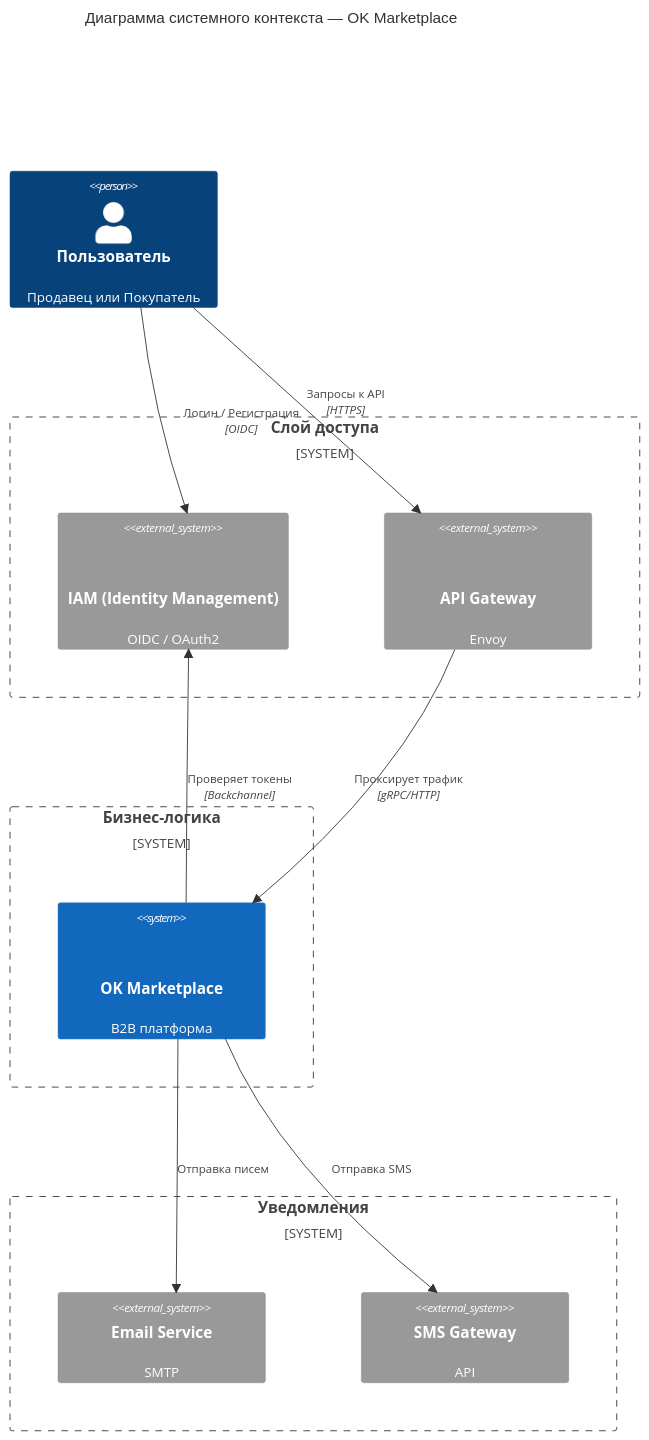
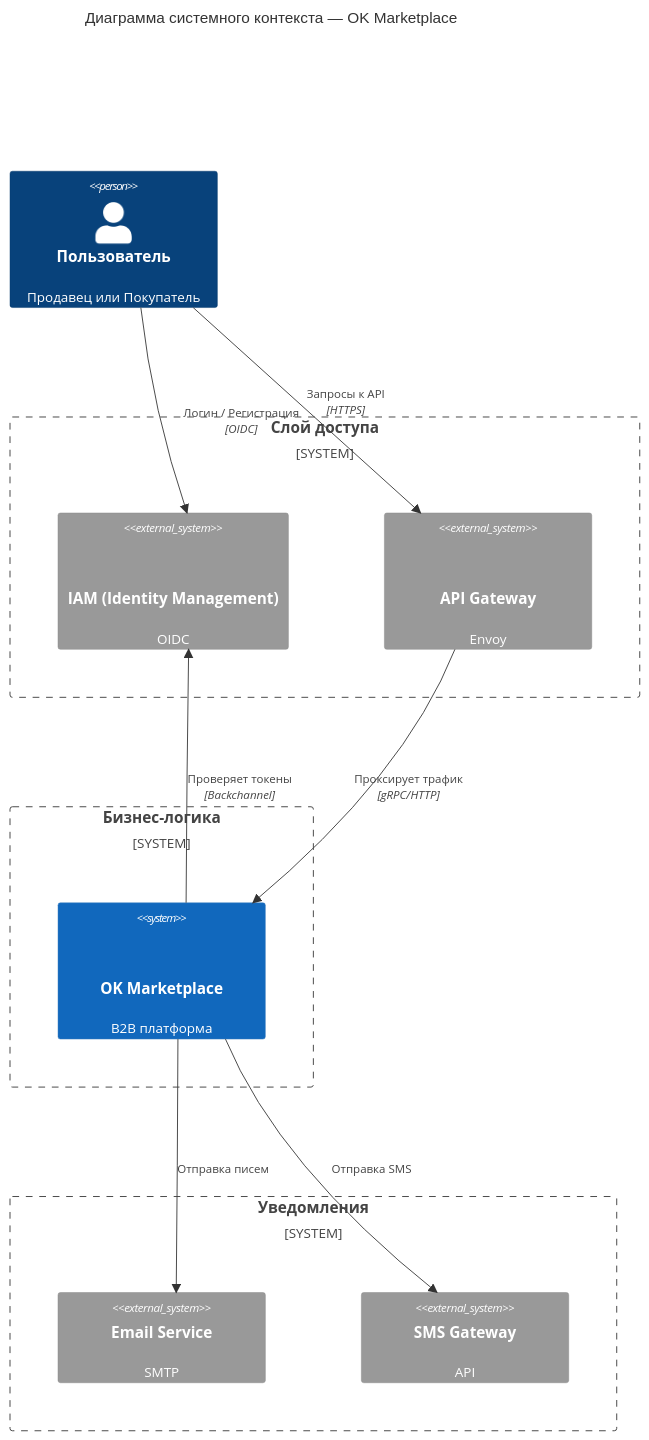
One commit to otuskotlin/202602-ok-marketplace changed the first of 3 diagrams in docs/architecture/c4-1-system.md. Above: the diagram before and after it, drawn with Mermaid. The commit also changed 4 other files, not shown here.

````diff
--- a/docs/architecture/c4-1-system.md
+++ b/docs/architecture/c4-1-system.md
@@ -88,30 +88,30 @@
 ```mermaid
 C4Context
     title Диаграмма системного контекста — OK Marketplace
     Person(user, "Пользователь", "Продавец или Покупатель")
 
     System_Boundary(infra, "Слой доступа") {
-        System_Ext(iam, "IAM (Identity Management)", "OIDC / OAuth2", "Управление аккаунтами и ролями")
+        System_Ext(iam, "IAM (Identity Management)", "OIDC", "Управление аккаунтами и ролями")
         System_Ext(api_gw, "API Gateway", "Envoy", "Единая точка входа")
     }
 
     System_Boundary(business_logic, "Бизнес-логика") {
         System(marketplace_system, "OK Marketplace", "B2B платформа", "Матчинг предложений и запросов")
     }
 
     System_Boundary(notifications, "Уведомления") {
         System_Ext(email_provider, "Email Service", "SMTP")
         System_Ext(sms_provider, "SMS Gateway", "API")
     }
 
     Rel_Down(user, api_gw, "Запросы к API", "HTTPS")
     Rel_Down(user, iam, "Логин / Регистрация", "OIDC")
     Rel_Down(api_gw, marketplace_system, "Проксирует трафик", "gRPC/HTTP")
     Rel_Right(marketplace_system, iam, "Проверяет токены", "Backchannel")
     Rel_Down(marketplace_system, email_provider, "Отправка писем")
     Rel_Down(marketplace_system, sms_provider, "Отправка SMS")
     UpdateRelStyle(user, api_gw, $offsetY="-20")
     UpdateRelStyle(user, iam, $offsetX="20")
 
     UpdateLayoutConfig($c4ShapeInRow="3", $c4BoundaryInRow="1")
 ```
````
